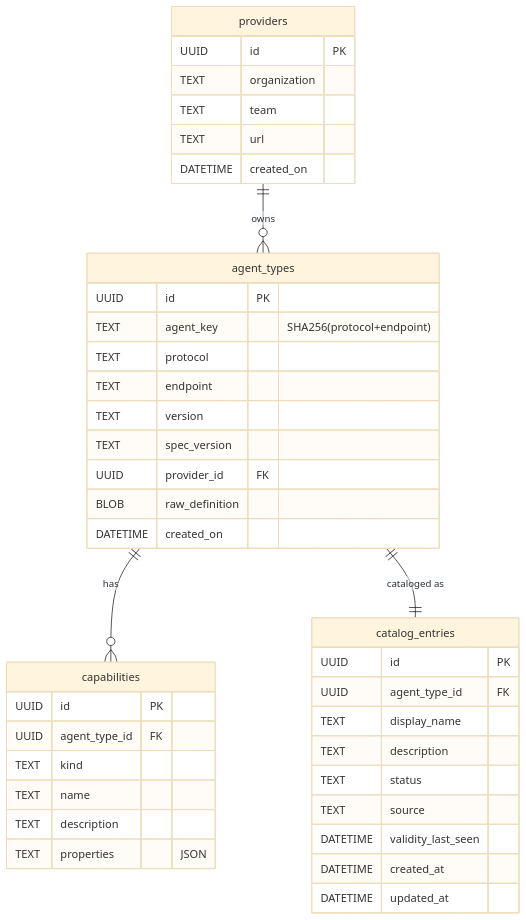
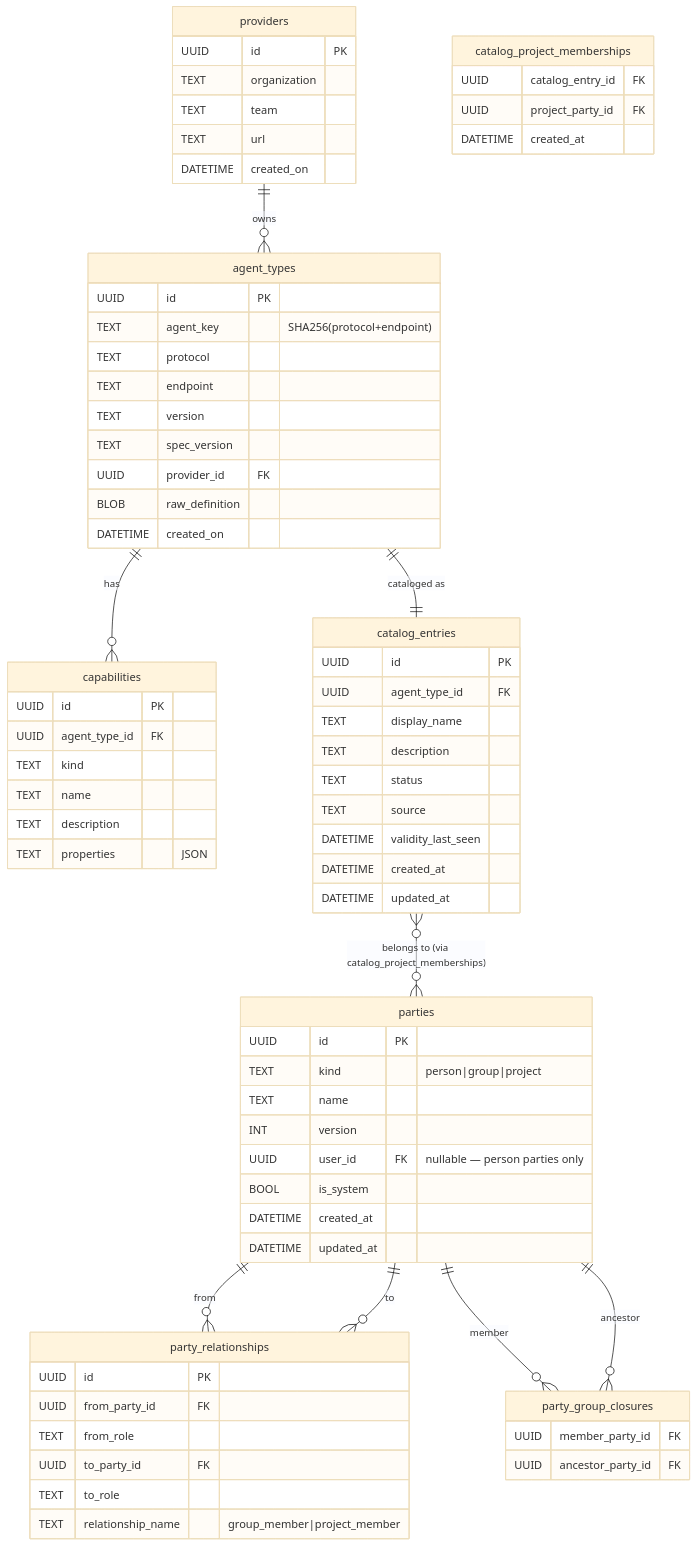
The second of 12 diagrams in docs/architecture.md (PawelHaracz/Agentlens), drawn with Mermaid (base theme) before and after one commit. The commit also changed other lines of this file and 130 other files, not shown here.

First line of the commit message:
feat: party archetype + projects UI + my-account project context (#23)

````diff
--- a/docs/architecture.md
+++ b/docs/architecture.md
@@ -65,44 +75,76 @@
 ```mermaid
 erDiagram
     providers ||--o{ agent_types : "owns"
     agent_types ||--o{ capabilities : "has"
     agent_types ||--|| catalog_entries : "cataloged as"
+    catalog_entries }o--o{ parties : "belongs to (via catalog_project_memberships)"
+    parties ||--o{ party_relationships : "from"
+    parties ||--o{ party_relationships : "to"
+    parties ||--o{ party_group_closures : "member"
+    parties ||--o{ party_group_closures : "ancestor"
 
     providers {
         UUID id PK
         TEXT organization
         TEXT team
         TEXT url
         DATETIME created_on
     }
     agent_types {
         UUID id PK
         TEXT agent_key "SHA256(protocol+endpoint)"
         TEXT protocol
         TEXT endpoint
         TEXT version
         TEXT spec_version
         UUID provider_id FK
         BLOB raw_definition
         DATETIME created_on
     }
     capabilities {
         UUID id PK
         UUID agent_type_id FK
         TEXT kind
         TEXT name
         TEXT description
         TEXT properties "JSON"
     }
     catalog_entries {
         UUID id PK
         UUID agent_type_id FK
         TEXT display_name
         TEXT description
         TEXT status
         TEXT source
         DATETIME validity_last_seen
         DATETIME created_at
         DATETIME updated_at
     }
+    parties {
+        UUID id PK
+        TEXT kind "person|group|project"
+        TEXT name
+        INT version
+        UUID user_id FK "nullable — person parties only"
+        BOOL is_system
+        DATETIME created_at
+        DATETIME updated_at
+    }
+    party_relationships {
+        UUID id PK
+        UUID from_party_id FK
+        TEXT from_role
+        UUID to_party_id FK
+        TEXT to_role
+        TEXT relationship_name "group_member|project_member"
+    }
+    party_group_closures {
+        UUID member_party_id FK
+        UUID ancestor_party_id FK
+    }
+    catalog_project_memberships {
+        UUID catalog_entry_id FK
+        UUID project_party_id FK
+        DATETIME created_at
+    }
 ```
````
